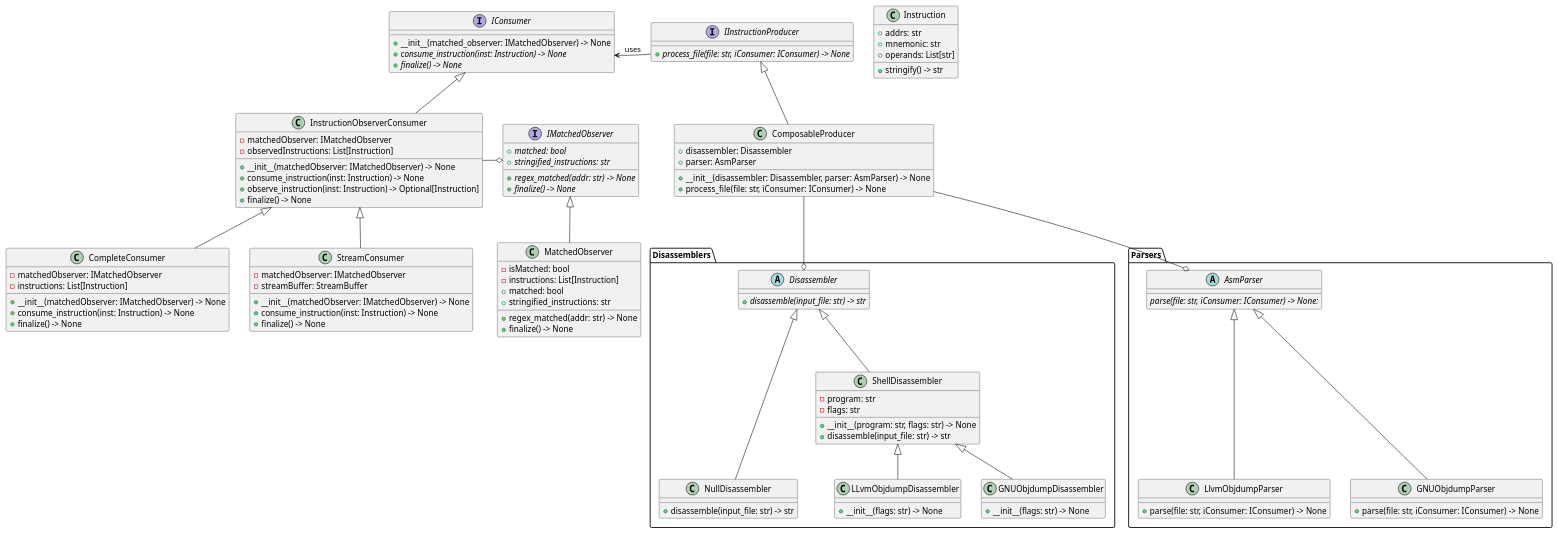
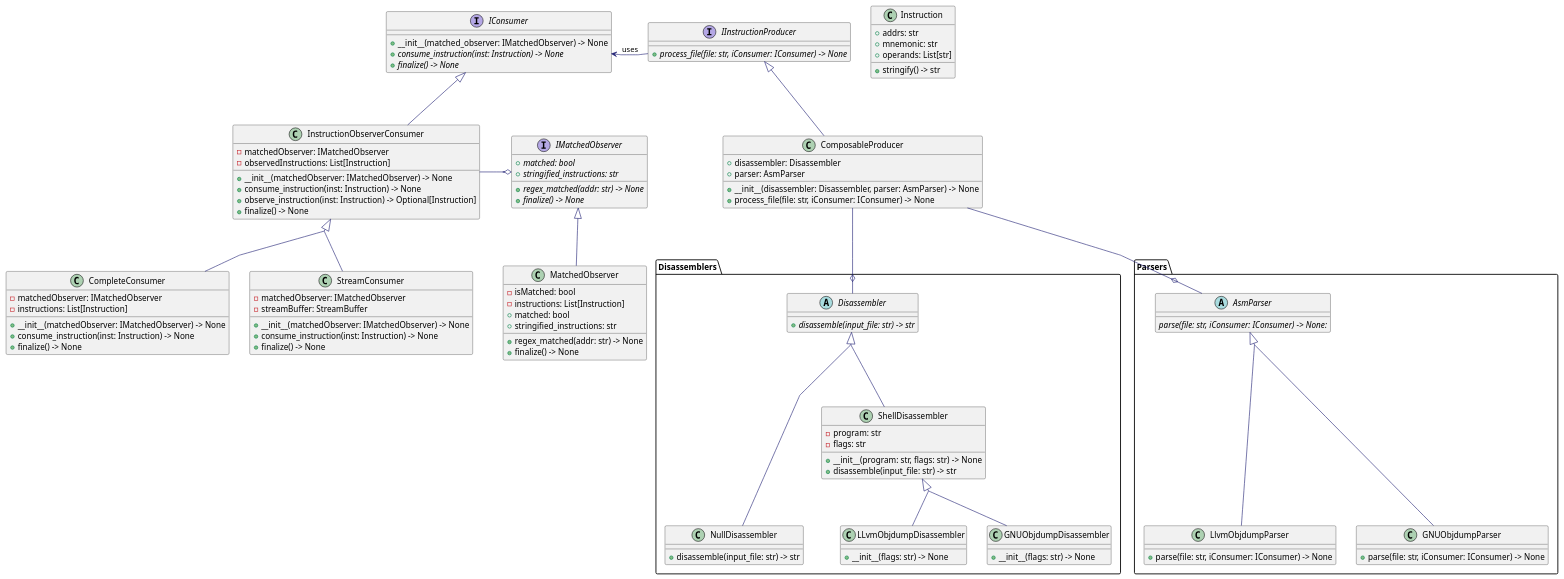
One commit to JukMR/JASM changed the diagram in design/stringify_asm/stringify_asm.puml. Above: the diagram before and after it, drawn with PlantUML. The commit also changed 1 other file, not shown here.

Commit message:
Update stringify_asm diagram_class

```diff
--- a/design/stringify_asm/stringify_asm.puml
+++ b/design/stringify_asm/stringify_asm.puml
@@ -1,163 +1,163 @@
 @startuml stringify_asm_diagram_class
 
-' skinparam linetype polyline
-' skinparam classFontName Helvetica
-' skinparam ClassFontSize 14
-' skinparam ArrowColor MidnightBlue
-' skinparam groupInheritance 2
+skinparam linetype polyline
+skinparam classFontName Helvetica
+skinparam ClassFontSize 14
+skinparam ArrowColor MidnightBlue
+skinparam groupInheritance 2
 
 
-' skinparam class {
+skinparam class {
 
-' }
+}
 
 class Instruction {
     + addrs: str
     + mnemonic: str
     + operands: List[str]
     + stringify() -> str
 }
 
 interface IInstructionProducer {
     {abstract} + process_file(file: str, iConsumer: IConsumer) -> None
 }
 
 
 class ComposableProducer {
     + disassembler: Disassembler
     + parser: AsmParser
     + __init__(disassembler: Disassembler, parser: AsmParser) -> None
     + process_file(file: str, iConsumer: IConsumer) -> None
 }
 
 package Disassemblers {
 
     abstract class Disassembler {
         {abstract} + disassemble(input_file: str) -> str
     }
     class ShellDisassembler {
         - program: str
         - flags: str
         + __init__(program: str, flags: str) -> None
         + disassemble(input_file: str) -> str
     }
 
     class GNUObjdumpDisassembler {
         + __init__(flags: str) -> None
 
     }
 
     class LLvmObjdumpDisassembler {
         + __init__(flags: str) -> None
     }
 
     class NullDisassembler {
         + disassemble(input_file: str) -> str
     }
 }
 
 
 
 
 package Parsers{
     abstract class AsmParser {
         {abstract} parse(file: str, iConsumer: IConsumer) -> None:
 
     }
 
     class LlvmObjdumpParser {
         + parse(file: str, iConsumer: IConsumer) -> None
     }
 
 
     class GNUObjdumpParser {
         + parse(file: str, iConsumer: IConsumer) -> None
     }
 
     }
 
 
 
 
 interface IMatchedObserver {
     {abstract} + matched: bool
     {abstract} + stringified_instructions: str
     {abstract} + regex_matched(addr: str) -> None
     {abstract} + finalize() -> None
 }
 
 interface IConsumer {
     + __init__(matched_observer: IMatchedObserver) -> None
     {abstract} + consume_instruction(inst: Instruction) -> None
     {abstract} + finalize() -> None
 }
 
 class InstructionObserverConsumer {
     - matchedObserver: IMatchedObserver
     - observedInstructions: List[Instruction]
     + __init__(matchedObserver: IMatchedObserver) -> None
     + consume_instruction(inst: Instruction) -> None
     + observe_instruction(inst: Instruction) -> Optional[Instruction]
     + finalize() -> None
 }
 
 class CompleteConsumer {
     - matchedObserver: IMatchedObserver
     - instructions: List[Instruction]
     + __init__(matchedObserver: IMatchedObserver) -> None
     + consume_instruction(inst: Instruction) -> None
     + finalize() -> None
 }
 
 class StreamConsumer {
     - matchedObserver: IMatchedObserver
     - streamBuffer: StreamBuffer
     + __init__(matchedObserver: IMatchedObserver) -> None
     + consume_instruction(inst: Instruction) -> None
     + finalize() -> None
 }
 
 class MatchedObserver {
     - isMatched: bool
     - instructions: List[Instruction]
     + regex_matched(addr: str) -> None
     + finalize() -> None
     + matched: bool
     + stringified_instructions: str
 }
 
 
 
 ' Stringify_Asm
 
 ' Use this hidden element to display producer at left and consumer at right
 IConsumer -[hidden]> IInstructionProducer :uses
 IInstructionProducer -right> IConsumer :uses
 
 ' Producer
 IInstructionProducer <|-- ComposableProducer
 
 AsmParser <|--- GNUObjdumpParser
 AsmParser <|--- LlvmObjdumpParser
 
 Disassembler <|-- ShellDisassembler
 ShellDisassembler <|-- GNUObjdumpDisassembler
 ShellDisassembler <|-- LLvmObjdumpDisassembler
 Disassembler <|--- NullDisassembler
 
 ' Hidden arrow to draw the relation Disassembler -> NullDisassembler in the correct level
 NullDisassembler -[hidden]> LLvmObjdumpDisassembler: uses
 
 
 ComposableProducer --o Disassembler
 ComposableProducer --o AsmParser
 
 
 ' Consumer
 InstructionObserverConsumer -o IMatchedObserver
 InstructionObserverConsumer <|-- CompleteConsumer
 InstructionObserverConsumer <|-- StreamConsumer
 IMatchedObserver <|-- MatchedObserver
 IConsumer <|-- InstructionObserverConsumer
 
 @enduml
```
